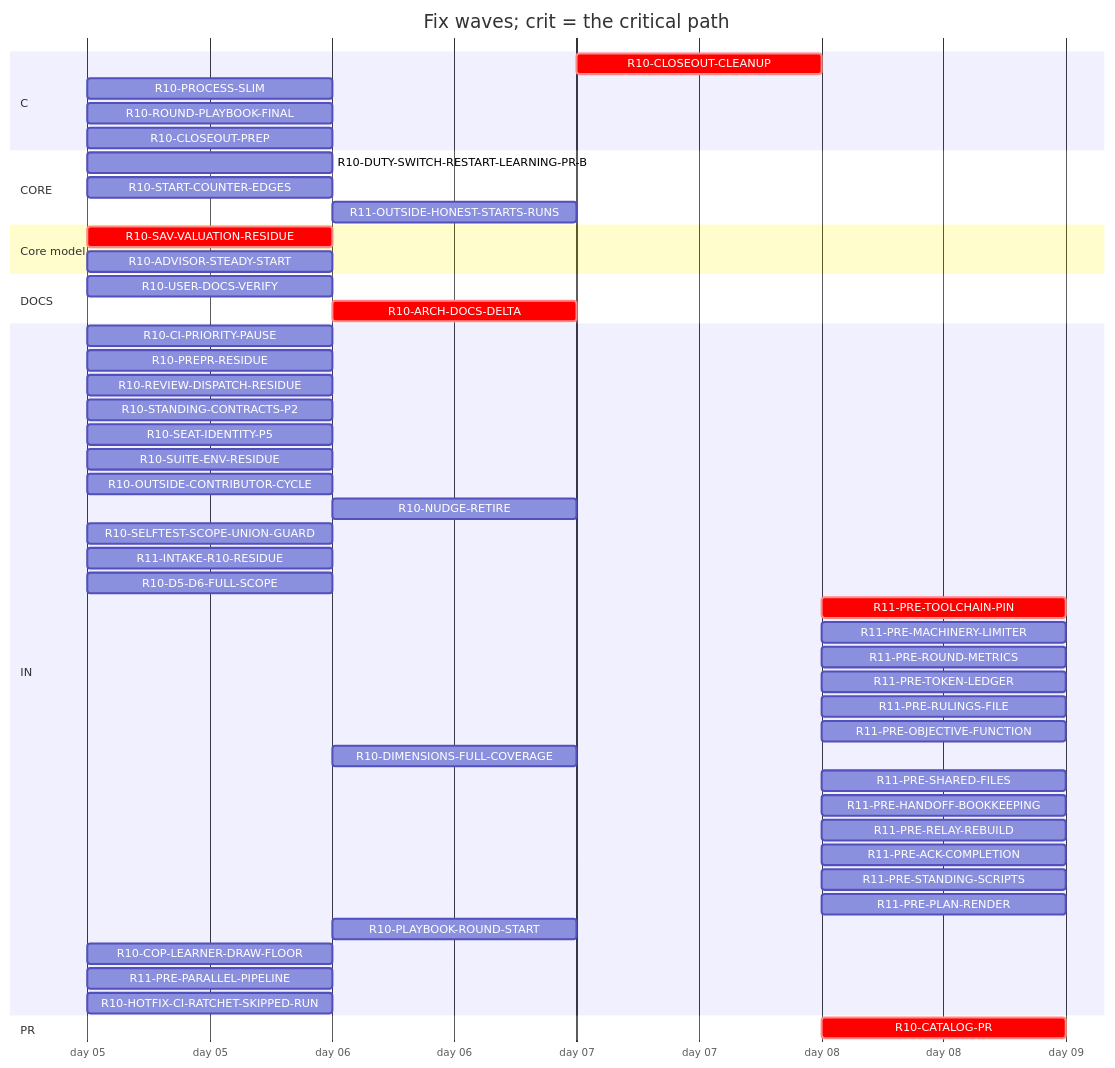
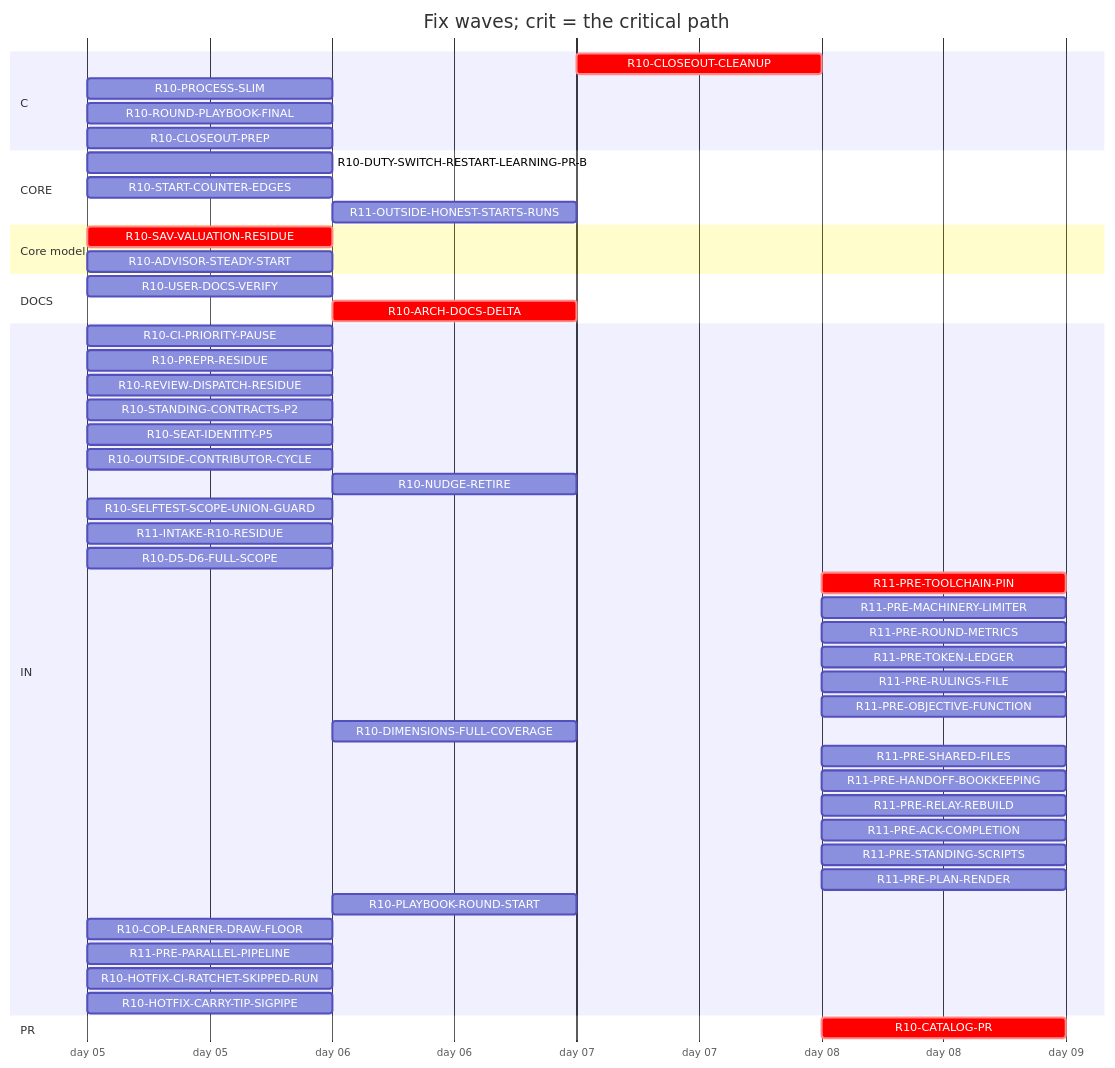
One commit to tvofi/heatpump_optimizer changed the diagram in handoff/round10/state/PLAN-TABLE.md. Above: the diagram before and after it, drawn with Mermaid. The commit also changed other lines of this file and 4 other files, not shown here.

Commit message:
state: FLOW-BOARD.md, NEXT-SESSION-PROMPT.md, PLAN-TABLE.md, PLAN.html, RESUME-CURRENT.md regenerated (state_docs.py)

````diff
--- a/handoff/round10/state/PLAN-TABLE.md
+++ b/handoff/round10/state/PLAN-TABLE.md
@@ -19,52 +19,52 @@
 ```mermaid
 gantt
   title Fix waves; crit = the critical path
   dateFormat YYYY-MM-DD
   axisFormat day %d
   section C
     R10-CLOSEOUT-CLEANUP :crit, r10CLOSEOUTCLEANUP, after r10USERDOCSVERIFY r10CLOSEOUTPREP r10ARCHDOCSDELTA, 1d
     R10-PROCESS-SLIM :r10PROCESSSLIM, 2026-01-05, 1d
     R10-ROUND-PLAYBOOK-FINAL :r10ROUNDPLAYBOOKFINAL, 2026-01-05, 1d
     R10-CLOSEOUT-PREP :r10CLOSEOUTPREP, 2026-01-05, 1d
   section CORE
     R10-DUTY-SWITCH-RESTART-LEARNING-PR-B :r10DUTYSWITCHRESTARTLEARNINGPRB, 2026-01-05, 1d
     R10-START-COUNTER-EDGES :r10STARTCOUNTEREDGES, 2026-01-05, 1d
     R11-OUTSIDE-HONEST-STARTS-RUNS :r11OUTSIDEHONESTSTARTSRUNS, after r10ADVISORSTEADYSTART, 1d
   section Core model
     R10-SAV-VALUATION-RESIDUE :crit, r10SAVVALUATIONRESIDUE, 2026-01-05, 1d
     R10-ADVISOR-STEADY-START :r10ADVISORSTEADYSTART, 2026-01-05, 1d
   section DOCS
     R10-USER-DOCS-VERIFY :r10USERDOCSVERIFY, 2026-01-05, 1d
     R10-ARCH-DOCS-DELTA :crit, r10ARCHDOCSDELTA, after r10SAVVALUATIONRESIDUE r10ADVISORSTEADYSTART, 1d
   section IN
     R10-CI-PRIORITY-PAUSE :r10CIPRIORITYPAUSE, 2026-01-05, 1d
     R10-PREPR-RESIDUE :r10PREPRRESIDUE, 2026-01-05, 1d
     R10-REVIEW-DISPATCH-RESIDUE :r10REVIEWDISPATCHRESIDUE, 2026-01-05, 1d
     R10-STANDING-CONTRACTS-P2 :r10STANDINGCONTRACTSP2, 2026-01-05, 1d
     R10-SEAT-IDENTITY-P5 :r10SEATIDENTITYP5, 2026-01-05, 1d
-    R10-SUITE-ENV-RESIDUE :r10SUITEENVRESIDUE, 2026-01-05, 1d
     R10-OUTSIDE-CONTRIBUTOR-CYCLE :r10OUTSIDECONTRIBUTORCYCLE, 2026-01-05, 1d
     R10-NUDGE-RETIRE :r10NUDGERETIRE, after r10ROUNDPLAYBOOKFINAL, 1d
     R10-SELFTEST-SCOPE-UNION-GUARD :r10SELFTESTSCOPEUNIONGUARD, 2026-01-05, 1d
     R11-INTAKE-R10-RESIDUE :r11INTAKER10RESIDUE, 2026-01-05, 1d
     R10-D5-D6-FULL-SCOPE :r10D5D6FULLSCOPE, 2026-01-05, 1d
     R11-PRE-TOOLCHAIN-PIN :crit, r11PRETOOLCHAINPIN, after r10CATALOGPR, 1d
     R11-PRE-MACHINERY-LIMITER :r11PREMACHINERYLIMITER, after r10CATALOGPR, 1d
     R11-PRE-ROUND-METRICS :r11PREROUNDMETRICS, after r10CATALOGPR, 1d
     R11-PRE-TOKEN-LEDGER :r11PRETOKENLEDGER, after r10CATALOGPR, 1d
     R11-PRE-RULINGS-FILE :r11PRERULINGSFILE, after r10CATALOGPR, 1d
     R11-PRE-OBJECTIVE-FUNCTION :r11PREOBJECTIVEFUNCTION, after r10CATALOGPR, 1d
     R10-DIMENSIONS-FULL-COVERAGE :r10DIMENSIONSFULLCOVERAGE, after r10D5D6FULLSCOPE, 1d
     R11-PRE-SHARED-FILES :r11PRESHAREDFILES, after r10CATALOGPR, 1d
     R11-PRE-HANDOFF-BOOKKEEPING :r11PREHANDOFFBOOKKEEPING, after r10CATALOGPR, 1d
     R11-PRE-RELAY-REBUILD :r11PRERELAYREBUILD, after r10CATALOGPR, 1d
     R11-PRE-ACK-COMPLETION :r11PREACKCOMPLETION, after r10CATALOGPR, 1d
     R11-PRE-STANDING-SCRIPTS :r11PRESTANDINGSCRIPTS, after r10CATALOGPR, 1d
     R11-PRE-PLAN-RENDER :r11PREPLANRENDER, after r10CATALOGPR, 1d
     R10-PLAYBOOK-ROUND-START :r10PLAYBOOKROUNDSTART, after r10ROUNDPLAYBOOKFINAL, 1d
     R10-COP-LEARNER-DRAW-FLOOR :r10COPLEARNERDRAWFLOOR, 2026-01-05, 1d
     R11-PRE-PARALLEL-PIPELINE :r11PREPARALLELPIPELINE, 2026-01-05, 1d
     R10-HOTFIX-CI-RATCHET-SKIPPED-RUN :r10HOTFIXCIRATCHETSKIPPEDRUN, 2026-01-05, 1d
+    R10-HOTFIX-CARRY-TIP-SIGPIPE :r10HOTFIXCARRYTIPSIGPIPE, 2026-01-05, 1d
   section PR
     R10-CATALOG-PR :crit, r10CATALOGPR, after r10USERDOCSVERIFY r10CLOSEOUTCLEANUP r10CLOSEOUTPREP r10ARCHDOCSDELTA, 1d
 ```
````
